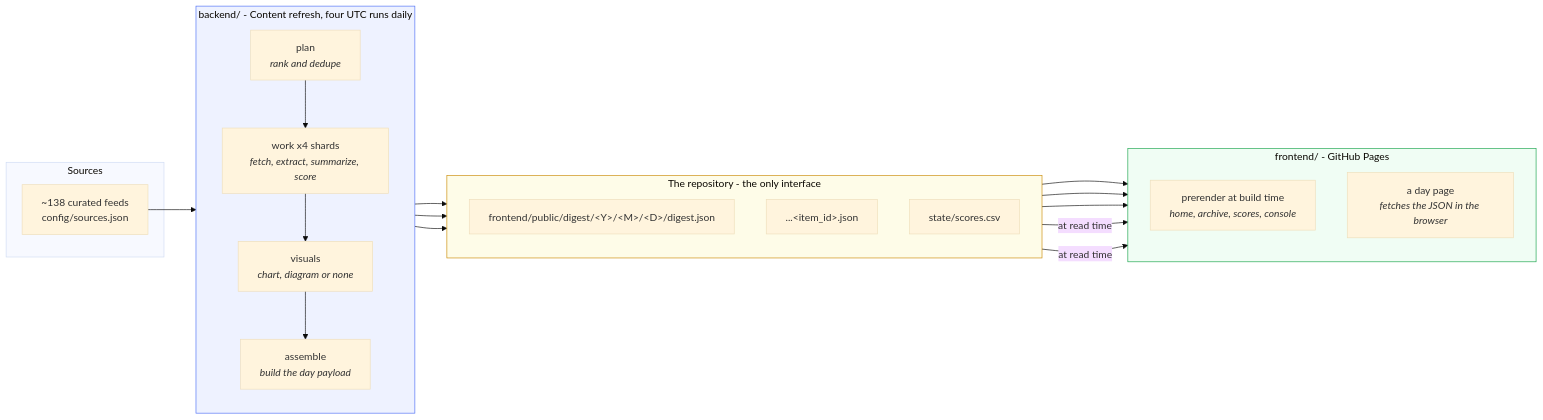
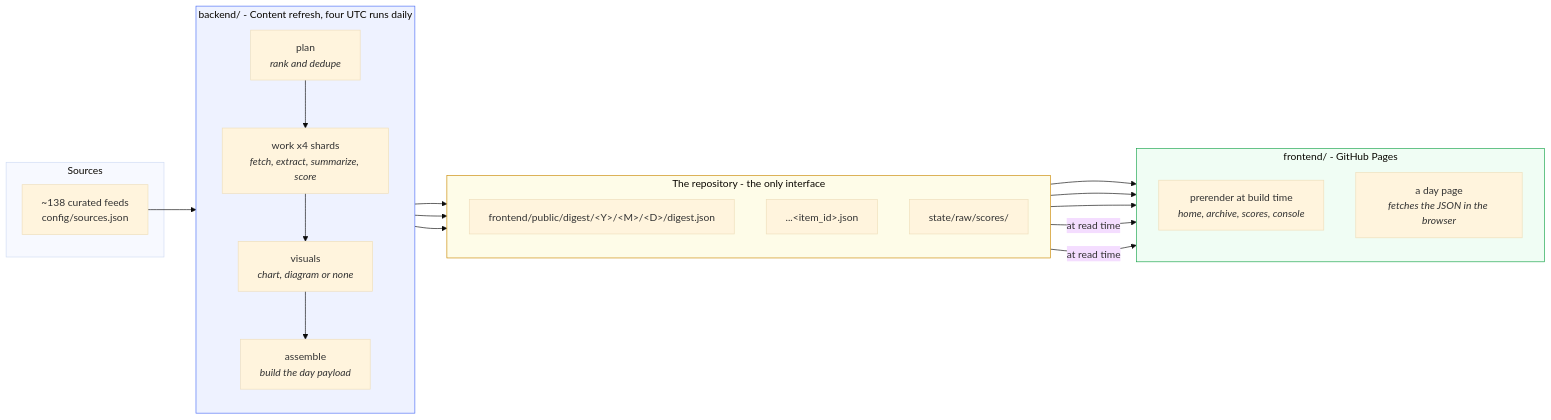
Before and after one commit to miztiik/yen-idhazh: the first of 3 diagrams in docs/architecture/overview.md, drawn with Mermaid (base theme). The commit also changed other lines of this file and 32 other files, not shown here.

````diff
--- a/docs/architecture/overview.md
+++ b/docs/architecture/overview.md
@@ -12,37 +12,37 @@
 ```mermaid
 flowchart LR
  subgraph src["Sources"]
  F1["~138 curated feeds<br/>config/sources.json"]
  end
 
  subgraph ci["backend/ - Content refresh, four UTC runs daily"]
  direction TB
  P["plan<br/><i>rank and dedupe</i>"]
  W["work x4 shards<br/><i>fetch, extract, summarize, score</i>"]
  R["visuals<br/><i>chart, diagram or none</i>"]
  AS["assemble<br/><i>build the day payload</i>"]
  P --> W --> R --> AS
  end
 
  subgraph repo["The repository - the only interface"]
  direction TB
  D1["frontend/public/digest/&lt;Y&gt;/&lt;M&gt;/&lt;D&gt;/digest.json"]
  D2["...&lt;item_id&gt;.json"]
- D3["state/scores.csv"]
+ D3["state/raw/scores/"]
  end
 
  subgraph fe["frontend/ - GitHub Pages"]
  direction TB
  B["prerender at build time<br/><i>home, archive, scores, console</i>"]
  S["a day page<br/><i>fetches the JSON in the browser</i>"]
  end
 
  F1 --> P
  AS --> D1 & D2 & D3
  D1 & D2 & D3 --> B
  D1 & D2 -->|"at read time"| S
 
  style ci fill:#eef2ff,stroke:#4c6ef5
  style fe fill:#f0fdf4,stroke:#16a34a
  style repo fill:#fefce8,stroke:#ca8a04
 ```
````
